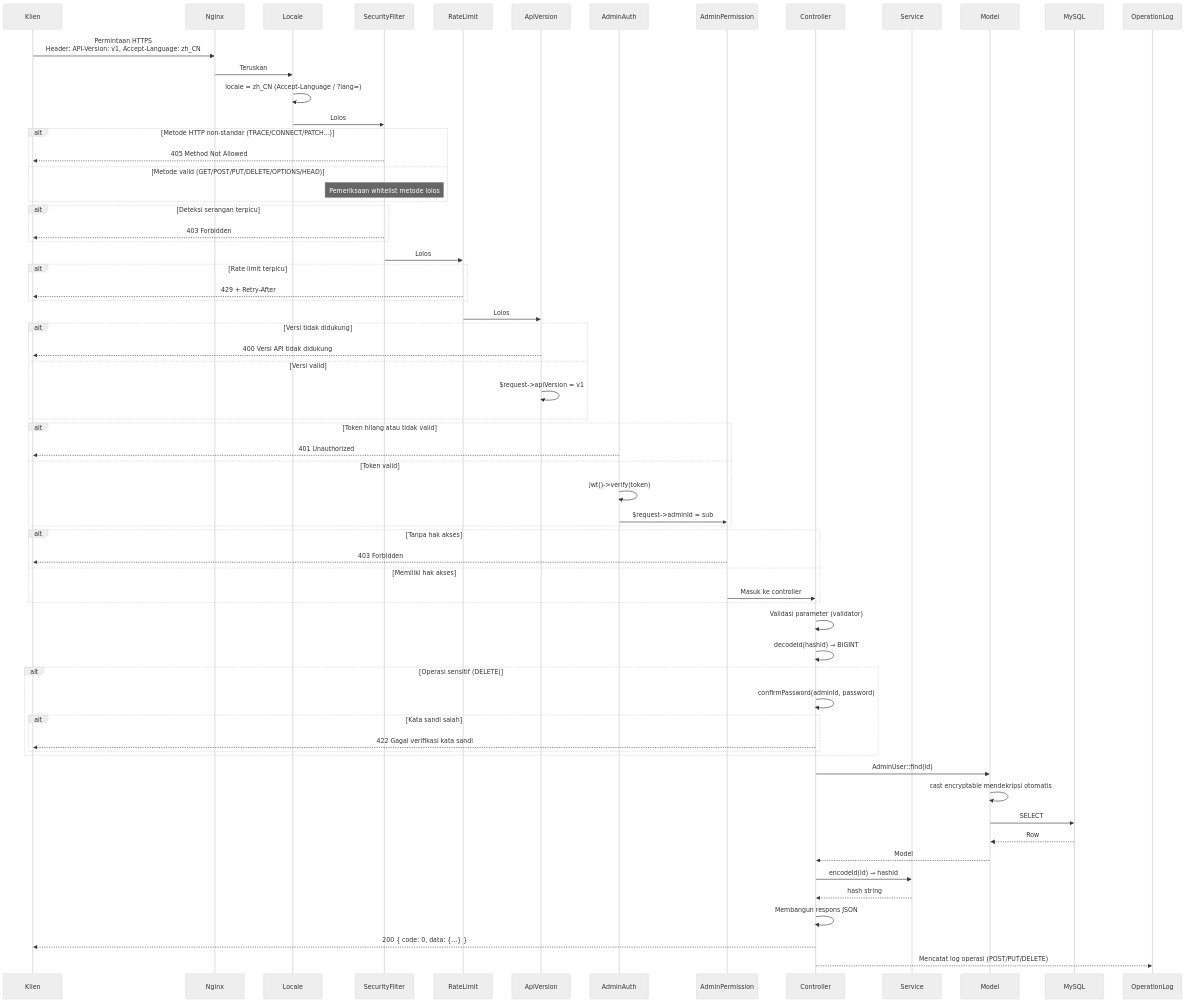
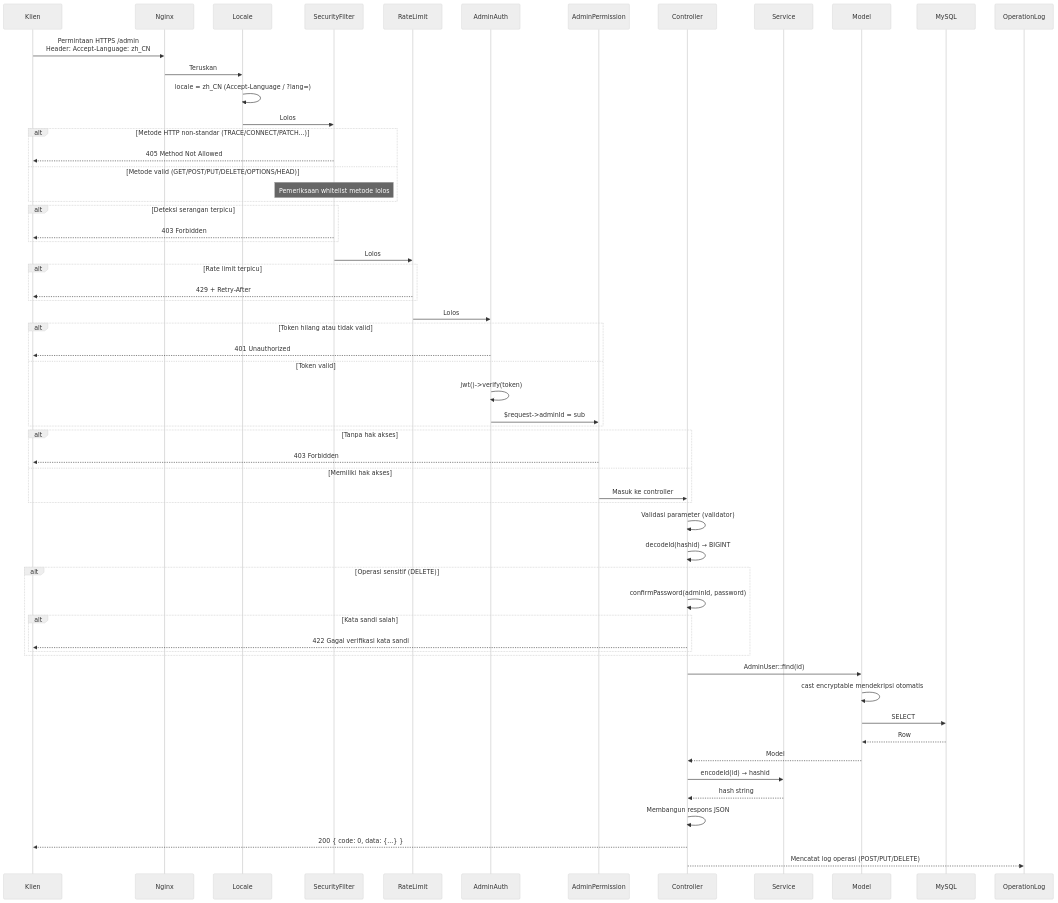
One commit to erikwang2013/open-admin changed the third of 14 diagrams in docs/ARCHITECTURE.id.md. Above: the diagram before and after it, drawn with Mermaid (neutral theme). The commit also changed other lines of this file and 115 other files, not shown here.

First line of the commit message:
功能：新增项目宠物「小安」、站点首页与手写 SVG 设计图集；全部文档对齐代码

````diff
--- a/docs/ARCHITECTURE.id.md
+++ b/docs/ARCHITECTURE.id.md
@@ -147,82 +144,75 @@
 ```mermaid
 sequenceDiagram
     participant C as Klien
     participant N as Nginx
     participant MW_LOC as Locale
     participant MW_SF as SecurityFilter
     participant MW_RL as RateLimit
-    participant MW0 as ApiVersion
     participant MW1 as AdminAuth
     participant MW2 as AdminPermission
     participant CTL as Controller
     participant SVC as Service
     participant MDL as Model
     participant DB as MySQL
     participant OPLOG as OperationLog
 
-    C->>N: Permintaan HTTPS<br/>Header: API-Version: v1, Accept-Language: zh_CN
+    C->>N: Permintaan HTTPS /admin<br/>Header: Accept-Language: zh_CN
     N->>MW_LOC: Teruskan
 
     MW_LOC->>MW_LOC: locale = zh_CN (Accept-Language / ?lang=)
     MW_LOC->>MW_SF: Lolos
 
     alt Metode HTTP non-standar (TRACE/CONNECT/PATCH...)
         MW_SF-->>C: 405 Method Not Allowed
     else Metode valid (GET/POST/PUT/DELETE/OPTIONS/HEAD)
         Note over MW_SF: Pemeriksaan whitelist metode lolos
     end
 
     alt Deteksi serangan terpicu
         MW_SF-->>C: 403 Forbidden
     end
 
     MW_SF->>MW_RL: Lolos
 
     alt Rate limit terpicu
         MW_RL-->>C: 429 + Retry-After
     end
 
-    MW_RL->>MW0: Lolos
-
-    alt Versi tidak didukung
-        MW0-->>C: 400 Versi API tidak didukung
-    else Versi valid
-        MW0->>MW0: $request->apiVersion = v1
-    end
+    MW_RL->>MW1: Lolos
 
     alt Token hilang atau tidak valid
         MW1-->>C: 401 Unauthorized
     else Token valid
         MW1->>MW1: jwt()->verify(token)
         MW1->>MW2: $request->adminId = sub
     end
 
     alt Tanpa hak akses
         MW2-->>C: 403 Forbidden
     else Memiliki hak akses
         MW2->>CTL: Masuk ke controller
     end
 
     CTL->>CTL: Validasi parameter (validator)
     CTL->>CTL: decodeId(hashid) → BIGINT
 
     alt Operasi sensitif (DELETE)
         CTL->>CTL: confirmPassword(adminId, password)
         alt Kata sandi salah
             CTL-->>C: 422 Gagal verifikasi kata sandi
         end
     end
 
     CTL->>MDL: AdminUser::find(id)
     MDL->>MDL: cast encryptable mendekripsi otomatis
     MDL->>DB: SELECT
     DB-->>MDL: Row
     MDL-->>CTL: Model
 
     CTL->>SVC: encodeId(id) → hashid
     SVC-->>CTL: hash string
 
     CTL->>CTL: Membangun respons JSON
     CTL-->>C: 200 { code: 0, data: {...} }
     CTL-->>OPLOG: Mencatat log operasi (POST/PUT/DELETE)
 ```
````
